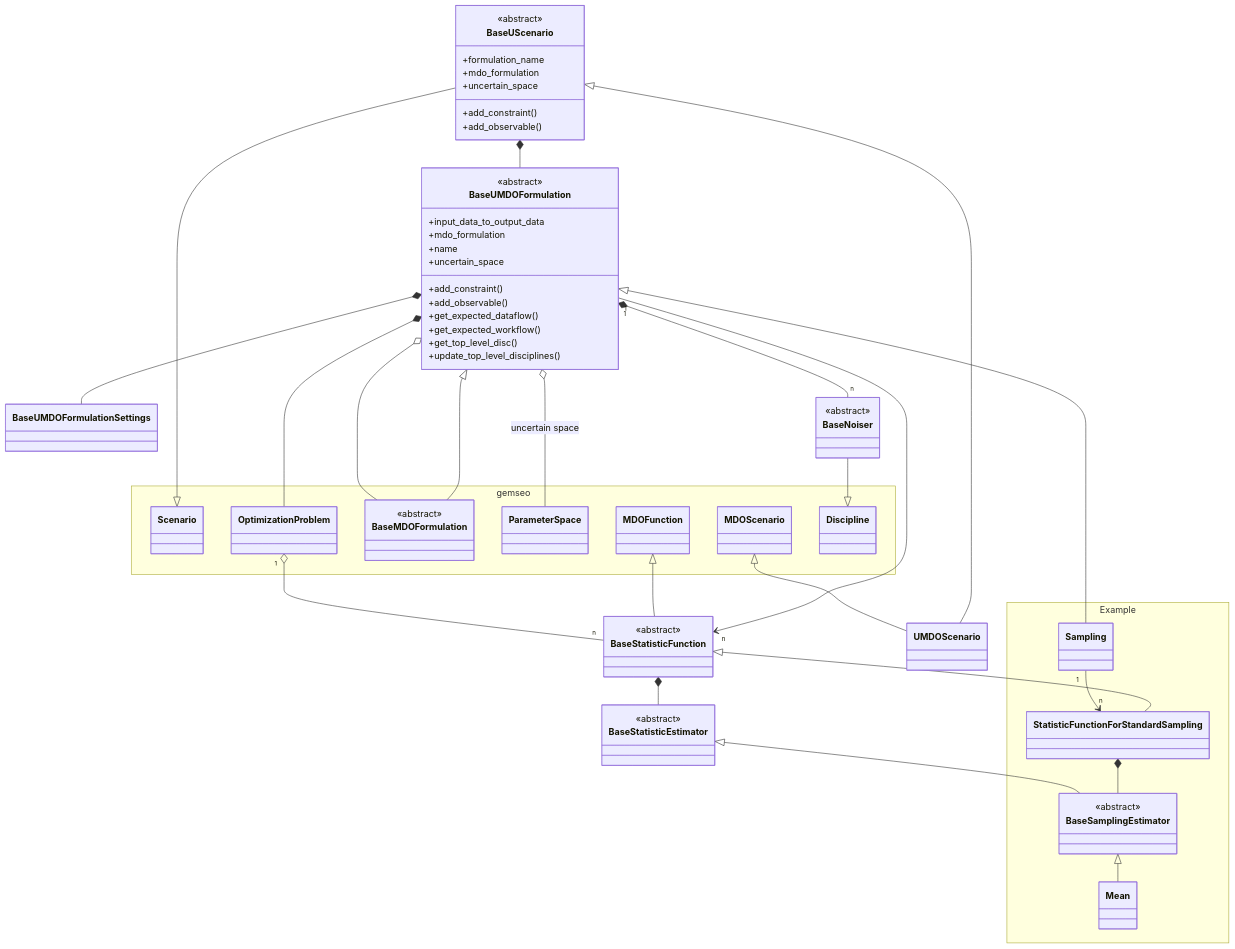
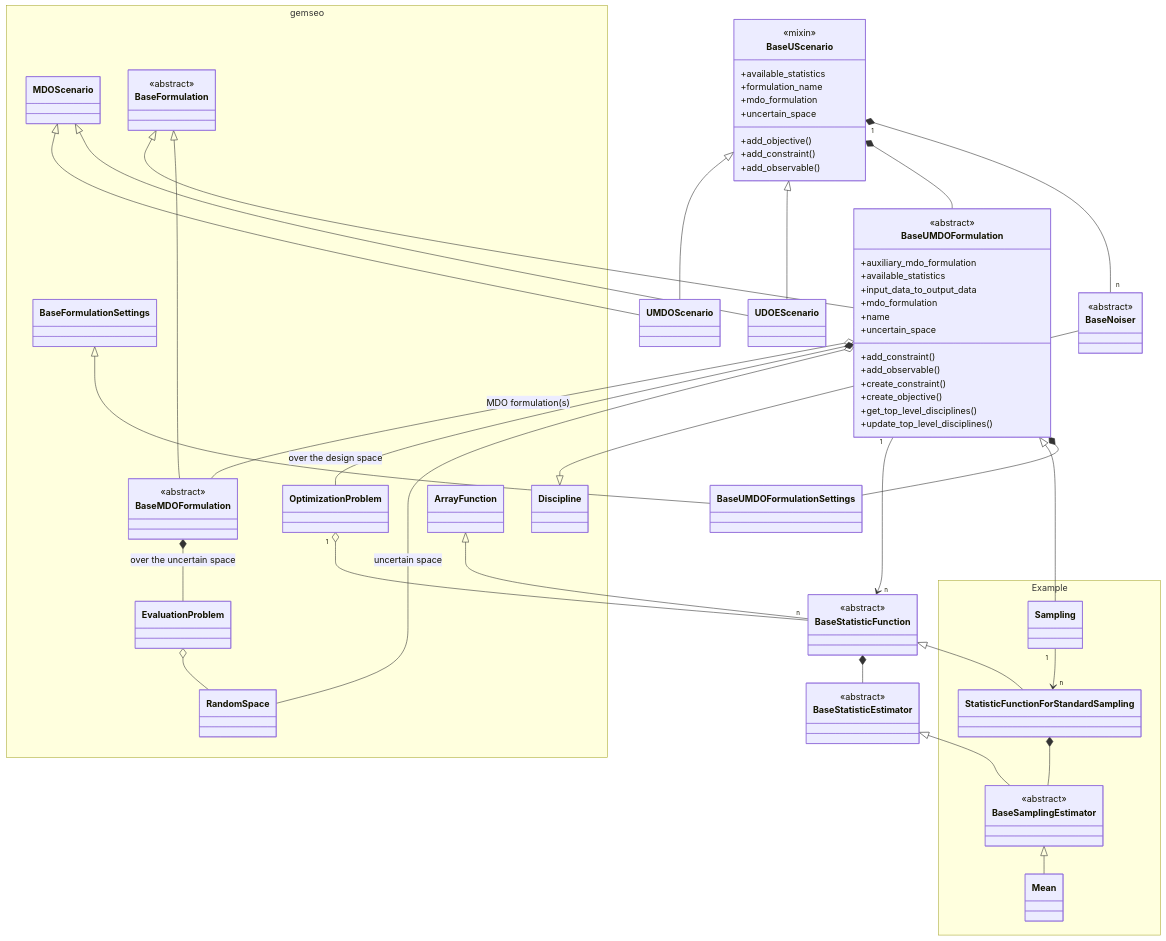
The diagram in docs/developer_guide/umdo.md (gemseo/gemseo-umdo), drawn with Mermaid before and after one commit. The commit also changed other lines of this file and 221 other files, not shown here.

````diff
--- a/docs/developer_guide/umdo.md
+++ b/docs/developer_guide/umdo.md
@@ -92,28 +122,36 @@
 ``` mermaid
 classDiagram
 
-   BaseUScenario --|> Scenario
    BaseUScenario <|-- UMDOScenario
    MDOScenario <|-- UMDOScenario
+   BaseUScenario <|-- UDOEScenario
+   MDOScenario <|-- UDOEScenario
 
    class BaseUScenario {
+    +add_objective()
     +add_constraint()
     +add_observable()
+    +available_statistics
     +formulation_name
     +mdo_formulation
     +uncertain_space
    }
 
    BaseUScenario *-- BaseUMDOFormulation
-   BaseUMDOFormulation <|-- BaseMDOFormulation
-   BaseUMDOFormulation o-- BaseMDOFormulation
+   BaseUScenario "1" *-- "n" BaseNoiser
+   BaseNoiser --|> Discipline
+   BaseFormulation <|-- BaseUMDOFormulation
+   BaseFormulation <|-- BaseMDOFormulation
+   BaseUMDOFormulation o-- BaseMDOFormulation: MDO formulation(s)
 
    class BaseUMDOFormulation {
      +add_constraint()
      +add_observable()
-     +get_expected_dataflow()
-     +get_expected_workflow()
-     +get_top_level_disc()
+     +auxiliary_mdo_formulation
+     +available_statistics
+     +create_constraint()
+     +create_objective()
+     +get_top_level_disciplines()
      +input_data_to_output_data
      +mdo_formulation
      +name
@@ -121,12 +159,16 @@
      +update_top_level_disciplines()
    }
 
-   BaseUMDOFormulation o-- ParameterSpace: uncertain space
+   BaseUMDOFormulation *-- OptimizationProblem: over the design space
+   OptimizationProblem "1" o-- "n" BaseStatisticFunction
+   BaseMDOFormulation *-- EvaluationProblem: over the uncertain space
+   EvaluationProblem o-- RandomSpace
+   BaseUMDOFormulation o-- RandomSpace: uncertain space
    BaseUMDOFormulation "1" --> "n" BaseStatisticFunction
    BaseStatisticFunction *-- BaseStatisticEstimator
 
    BaseUMDOFormulation <|-- Sampling
-   MDOFunction <|-- BaseStatisticFunction
+   ArrayFunction <|-- BaseStatisticFunction
    BaseStatisticFunction <|-- StatisticFunctionForStandardSampling
    Sampling "1" --> "n" StatisticFunctionForStandardSampling
    StatisticFunctionForStandardSampling *-- BaseSamplingEstimator
@@ -134,14 +176,10 @@
    BaseSamplingEstimator <|-- Mean
 
    BaseUMDOFormulation *-- BaseUMDOFormulationSettings
+   BaseFormulationSettings <|-- BaseUMDOFormulationSettings
 
-   BaseUMDOFormulation *-- OptimizationProblem
-   OptimizationProblem "1" o-- "n" BaseStatisticFunction
-
-   BaseUMDOFormulation "1" *-- "n" BaseNoiser
-   BaseNoiser --|> Discipline
-
-   <<abstract>> BaseUScenario
+   <<mixin>> BaseUScenario
+   <<abstract>> BaseFormulation
    <<abstract>> BaseMDOFormulation
    <<abstract>> BaseUMDOFormulation
    <<abstract>> BaseStatisticFunction
@@ -157,12 +195,14 @@
    }
 
    namespace gemseo {
+     class ArrayFunction
+     class BaseFormulation
+     class BaseFormulationSettings
      class BaseMDOFormulation
      class Discipline
-     class MDOFunction
+     class EvaluationProblem
      class MDOScenario
      class OptimizationProblem
-     class ParameterSpace
-     class Scenario
+     class RandomSpace
    }
 ```
````
